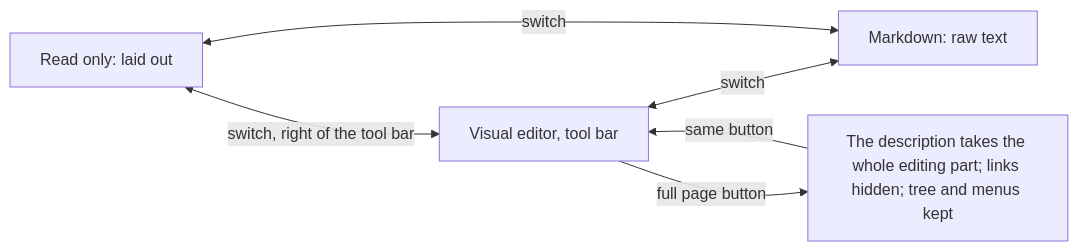
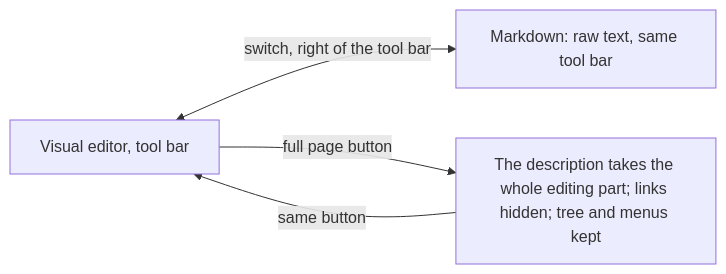
Before and after one commit to AlexandreGallais/synoptic-studio-spec: diagram 19 of 52 in metadata/draft.md, drawn with Mermaid. The commit also changed other lines of this file and 3 other files, not shown here.

````diff
--- a/metadata/draft.md
+++ b/metadata/draft.md
@@ -422,8 +422,6 @@
 ```mermaid
 flowchart LR
-    R["Read only: laid out"] <-->|"switch, right of the tool bar"| E["Visual editor, tool bar"]
-    E <-->|"switch"| M["Markdown: raw text"]
-    R <-->|"switch"| M
+    E["Visual editor, tool bar"] <-->|"switch, right of the tool bar"| M["Markdown: raw text, same tool bar"]
     E -->|"full page button"| F["The description takes the whole editing part; links hidden; tree and menus kept"]
     F -->|"same button"| E
 ```
````
